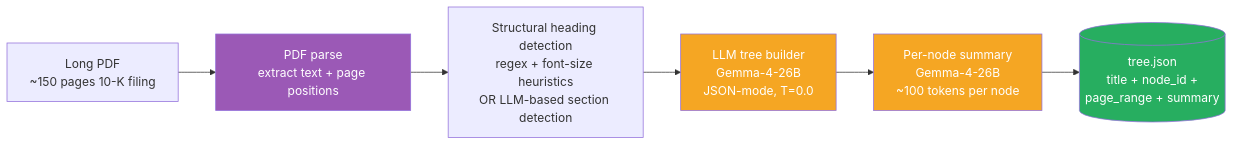
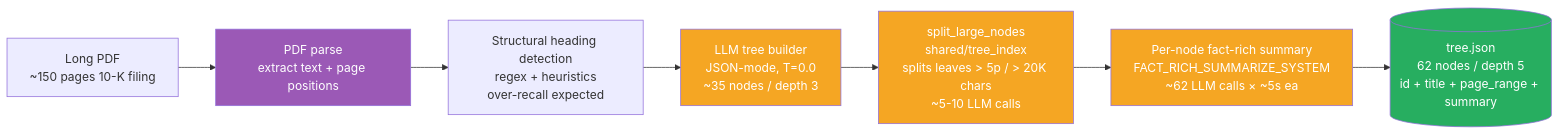
Before and after one commit to shaneliuyx/agent-development-curriculum: the first of 6 diagrams in Week 2.7 - Structure-Aware RAG.md, drawn with Mermaid. The commit also changed other lines of this file, not shown here.

First line of the commit message:
docs(week-2-7): refresh top-of-chapter Diagrams 1 + 2 — match post-optimization architecture [simplified]

````diff
--- a/Week 2.7 - Structure-Aware RAG.md
+++ b/Week 2.7 - Structure-Aware RAG.md
@@ -119,13 +119,15 @@
 ```mermaid
 flowchart LR
     DOC[Long PDF<br/>~150 pages 10-K filing] --> PARSE[PDF parse<br/>extract text + page positions]
-    PARSE --> HEADINGS[Structural heading detection<br/>regex + font-size heuristics<br/>OR LLM-based section detection]
-    HEADINGS --> TREE[LLM tree builder<br/>Gemma-4-26B<br/>JSON-mode, T=0.0]
-    TREE --> SUMMARIZE[Per-node summary<br/>Gemma-4-26B<br/>~100 tokens per node]
-    SUMMARIZE --> JSON[(tree.json<br/>title + node_id +<br/>page_range + summary)]
+    PARSE --> HEADINGS[Structural heading detection<br/>regex + heuristics<br/>over-recall expected]
+    HEADINGS --> TREE[LLM tree builder<br/>JSON-mode, T=0.0<br/>~35 nodes / depth 3]
+    TREE --> SPLIT[split_large_nodes<br/>shared/tree_index<br/>splits leaves > 5p / > 20K chars<br/>~5-10 LLM calls]
+    SPLIT --> SUMMARIZE[Per-node fact-rich summary<br/>FACT_RICH_SUMMARIZE_SYSTEM<br/>~62 LLM calls × ~5s ea]
+    SUMMARIZE --> JSON[(tree.json<br/>62 nodes / depth 5<br/>id + title + page_range + summary)]
 
     style PARSE fill:#9b59b6,color:#fff
     style TREE fill:#f5a623,color:#fff
+    style SPLIT fill:#f5a623,color:#fff
     style SUMMARIZE fill:#f5a623,color:#fff
     style JSON fill:#27ae60,color:#fff
 ```
````
